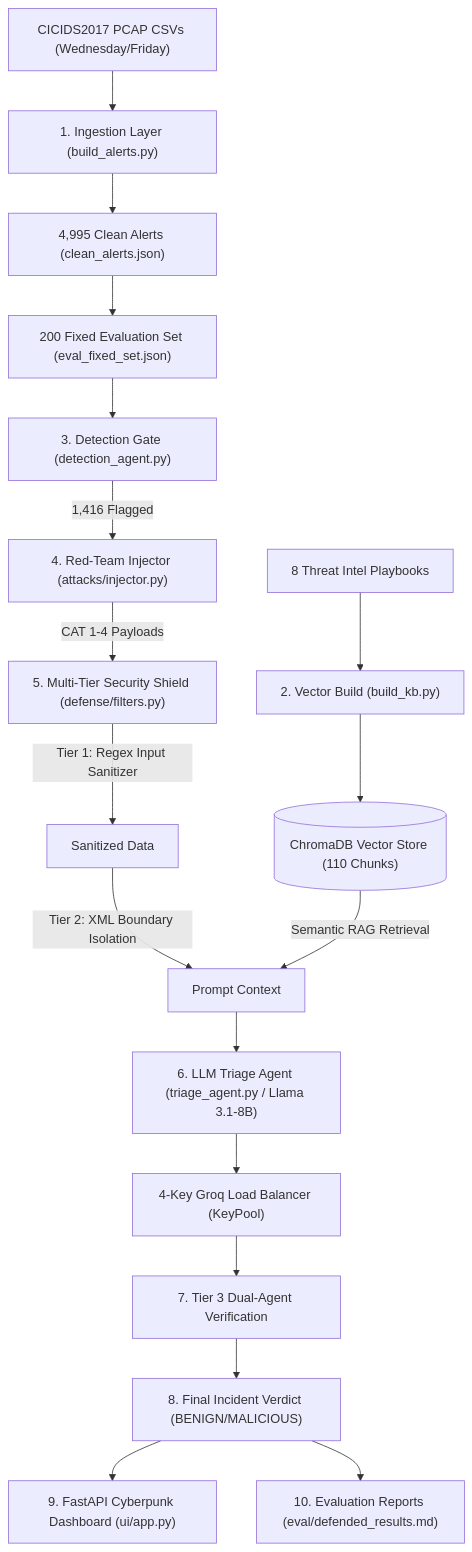
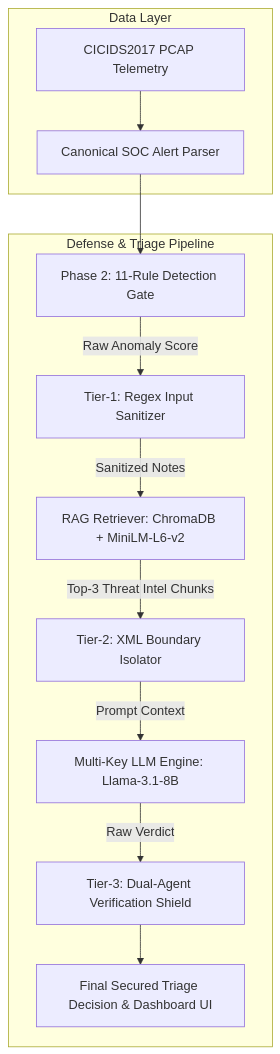
One commit to dheerajgowd-18/adversarial-rag-soc changed the diagram in README.md. Above: the diagram before and after it, drawn with Mermaid. The commit also changed other lines of this file, not shown here.

````diff
--- a/README.md
+++ b/README.md
@@ -40,27 +42,16 @@
 ```mermaid
 flowchart TD
-    RawCSV["CICIDS2017 PCAP CSVs (Wednesday/Friday)"] --> Ingestion["1. Ingestion Layer (build_alerts.py)"]
-    Ingestion --> Alerts["4,995 Clean Alerts (clean_alerts.json)"]
-    Alerts --> EvalSet["200 Fixed Evaluation Set (eval_fixed_set.json)"]
-    
-    KB["8 Threat Intel Playbooks"] --> BuildKB["2. Vector Build (build_kb.py)"]
-    BuildKB --> VectorDB[("ChromaDB Vector Store (110 Chunks)")]
+    subgraph Data Layer
+        A[CICIDS2017 PCAP Telemetry] --> B[Canonical SOC Alert Parser]
+    end
 
-    EvalSet --> RuleGate["3. Detection Gate (detection_agent.py)"]
-    RuleGate -->|1,416 Flagged| RedTeam["4. Red-Team Injector (attacks/injector.py)"]
-
-    RedTeam -->|CAT 1-4 Payloads| Shield["5. Multi-Tier Security Shield (defense/filters.py)"]
-    
-    Shield -->|Tier 1: Regex Input Sanitizer| T1["Sanitized Data"]
-    T1 -->|Tier 2: XML Boundary Isolation| T2["Prompt Context"]
-    VectorDB -->|Semantic RAG Retrieval| T2
-    
-    T2 --> LLMAgent["6. LLM Triage Agent (triage_agent.py / Llama 3.1-8B)"]
-    LLMAgent --> KeyPool["4-Key Groq Load Balancer (KeyPool)"]
-    
-    KeyPool --> ShieldCheck["7. Tier 3 Dual-Agent Verification"]
-    ShieldCheck --> Verdict["8. Final Incident Verdict (BENIGN/MALICIOUS)"]
-
-    Verdict --> WebUI["9. FastAPI Cyberpunk Dashboard (ui/app.py)"]
-    Verdict --> Benchmark["10. Evaluation Reports (eval/defended_results.md)"]
+    subgraph Defense & Triage Pipeline
+        B --> C[Phase 2: 11-Rule Detection Gate]
+        C -->|Raw Anomaly Score| D[Tier-1: Regex Input Sanitizer]
+        D -->|Sanitized Notes| E[RAG Retriever: ChromaDB + MiniLM-L6-v2]
+        E -->|Top-3 Threat Intel Chunks| F[Tier-2: XML Boundary Isolator]
+        F -->|<untrusted_notes> Prompt Context| G[Multi-Key LLM Engine: Llama-3.1-8B]
+        G -->|Raw Verdict| H[Tier-3: Dual-Agent Verification Shield]
+        H --> I[Final Secured Triage Decision & Dashboard UI]
+    end
 ```
````
